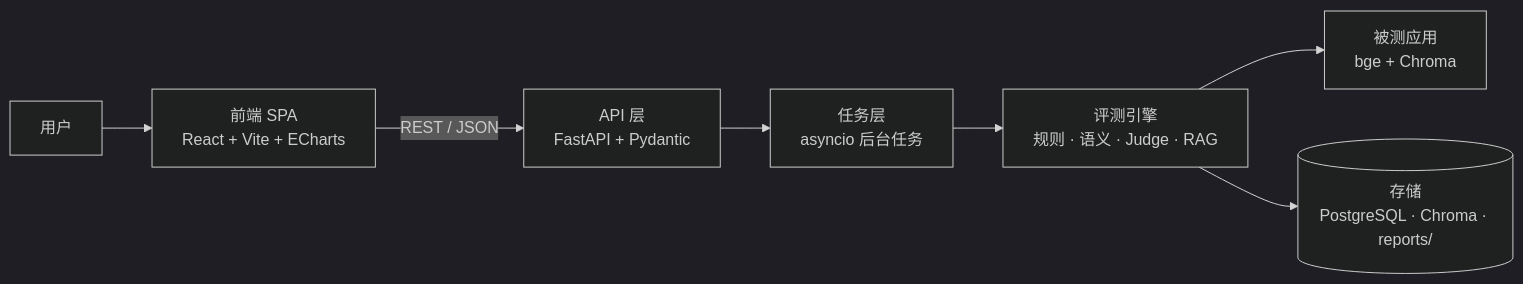
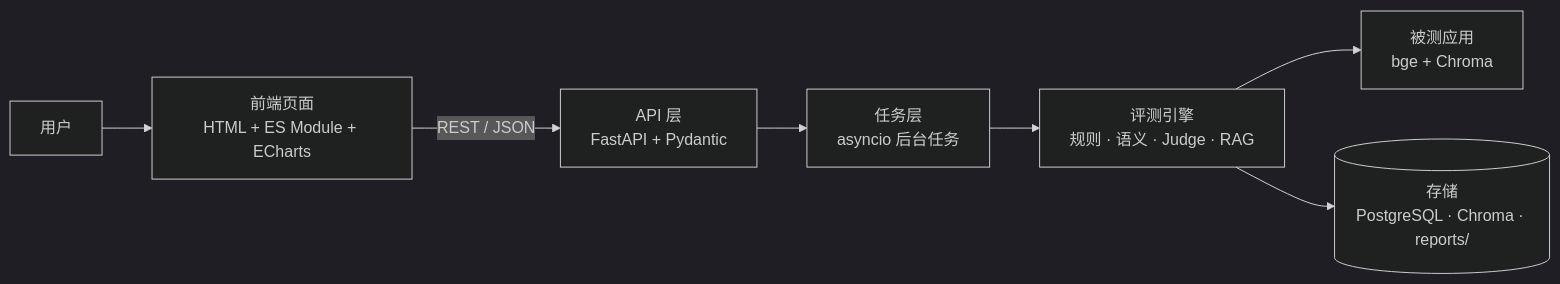
The diagram in README.md (caixinshu/ai-eval-platform), drawn with Mermaid (dark theme) before and after one commit. The commit also changed other lines of this file and 14 other files, not shown here.

````diff
--- a/README.md
+++ b/README.md
@@ -42,9 +46,9 @@
 ```mermaid
 flowchart LR
-    U[用户] --> FE["前端 SPA<br/>React + Vite + ECharts"]
+    U[用户] --> FE["前端页面<br/>HTML + ES Module + ECharts"]
     FE -->|REST / JSON| API["API 层<br/>FastAPI + Pydantic"]
     API --> TASK["任务层<br/>asyncio 后台任务"]
     TASK --> ENG["评测引擎<br/>规则 · 语义 · Judge · RAG"]
     ENG --> APP["被测应用<br/>bge + Chroma"]
     ENG --> STORE[("存储<br/>PostgreSQL · Chroma · reports/")]
 ```
````
